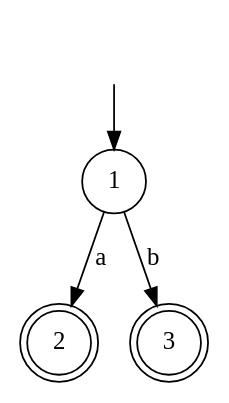
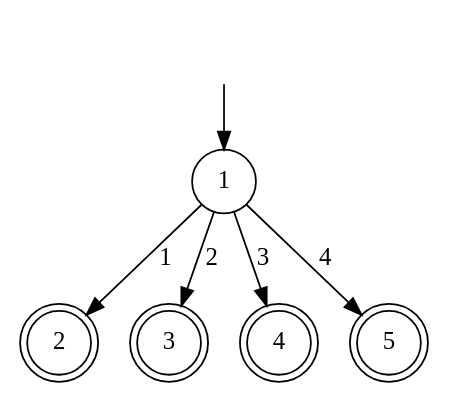
The diagram in dots/mindfa.dot (ihewro/qt-lexical-analyzer), drawn with Graphviz before and after one commit. The commit also changed 8 other files, not shown here.

```diff
--- a/dots/mindfa.dot
+++ b/dots/mindfa.dot
@@ -1,10 +1,14 @@
 digraph G{
     ""[shape=none]
     "1"[shape=circle]
     "2"[shape=doublecircle]
     "3"[shape=doublecircle]
+    "4"[shape=doublecircle]
+    "5"[shape=doublecircle]
 
     ""->"1"
-    "1" -> "2"[label="a"]
-    "1" -> "3"[label="b"]
+    "1" -> "2"[label="1"]
+    "1" -> "3"[label="2"]
+    "1" -> "4"[label="3"]
+    "1" -> "5"[label="4"]
 }
```
